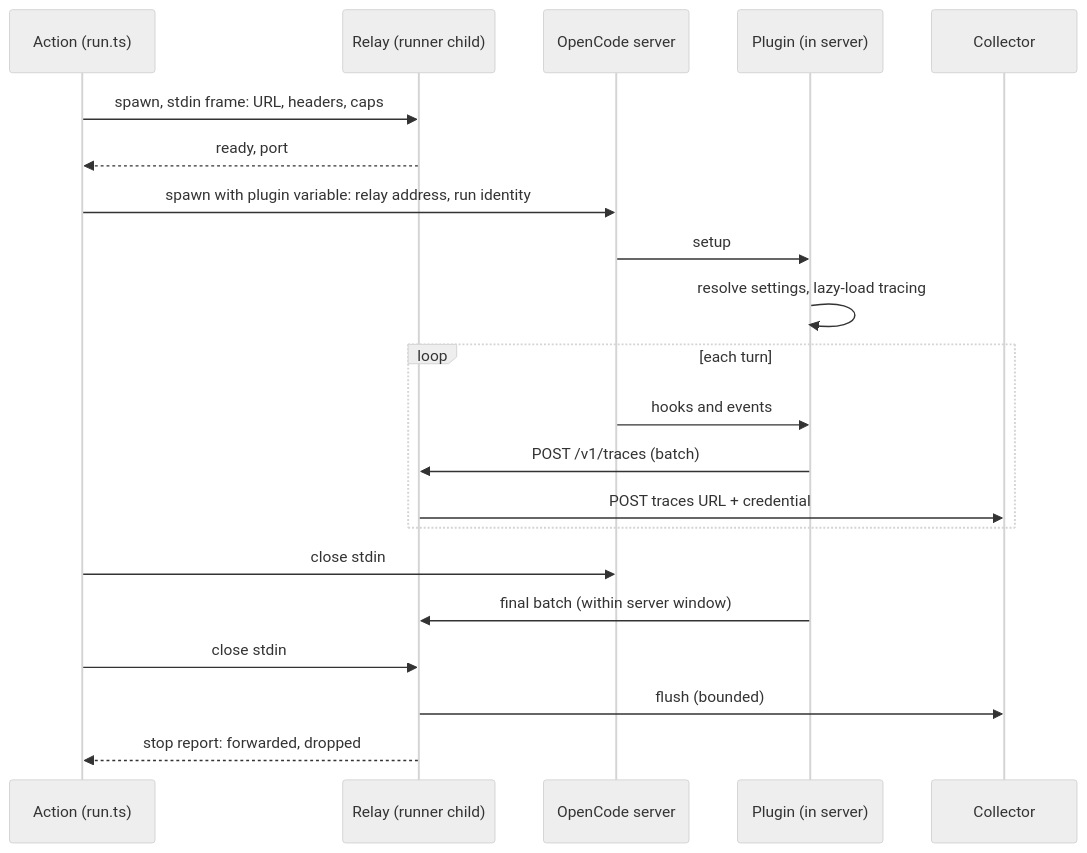
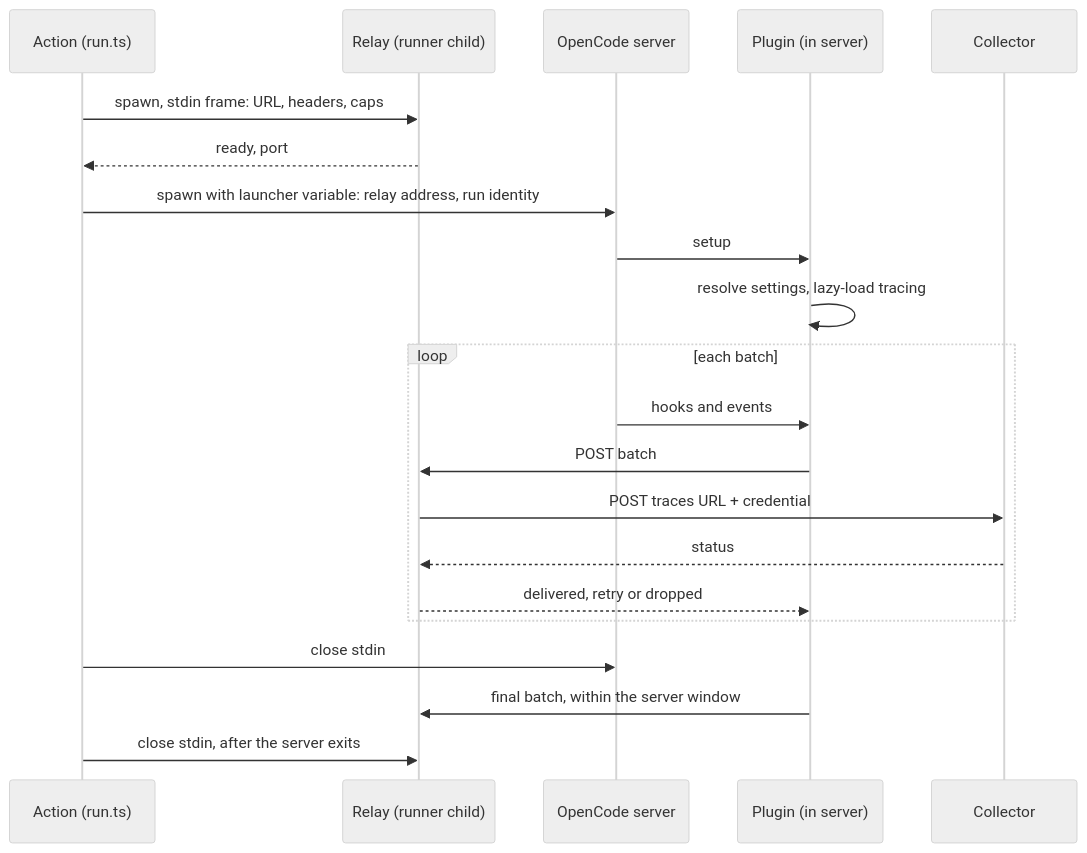
The diagram in docs/plans/2026-11-19-001-feat-opencode-run-tracing-plan.md (fro-bot/agent), drawn with Mermaid (neutral theme) before and after one commit. The commit also changed other lines of this file, not shown here.

Commit message:
docs(plans): revise the tracing plan after review

````diff
--- a/docs/plans/2026-11-19-001-feat-opencode-run-tracing-plan.md
+++ b/docs/plans/2026-11-19-001-feat-opencode-run-tracing-plan.md
@@ -214,23 +218,23 @@
 ```mermaid
 sequenceDiagram
     participant A as Action (run.ts)
     participant R as Relay (runner child)
     participant S as OpenCode server
     participant P as Plugin (in server)
     participant C as Collector
     A->>R: spawn, stdin frame: URL, headers, caps
     R-->>A: ready, port
-    A->>S: spawn with plugin variable: relay address, run identity
+    A->>S: spawn with launcher variable: relay address, run identity
     S->>P: setup
     P->>P: resolve settings, lazy-load tracing
-    loop each turn
+    loop each batch
         S->>P: hooks and events
-        P->>R: POST /v1/traces (batch)
+        P->>R: POST batch
         R->>C: POST traces URL + credential
+        C-->>R: status
+        R-->>P: delivered, retry or dropped
     end
     A->>S: close stdin
-    P->>R: final batch (within server window)
-    A->>R: close stdin
-    R->>C: flush (bounded)
-    R-->>A: stop report: forwarded, dropped
+    P->>R: final batch, within the server window
+    A->>R: close stdin, after the server exits
 ```
````
